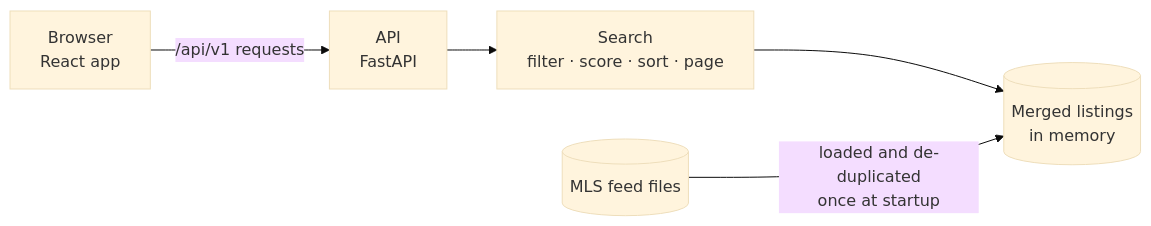
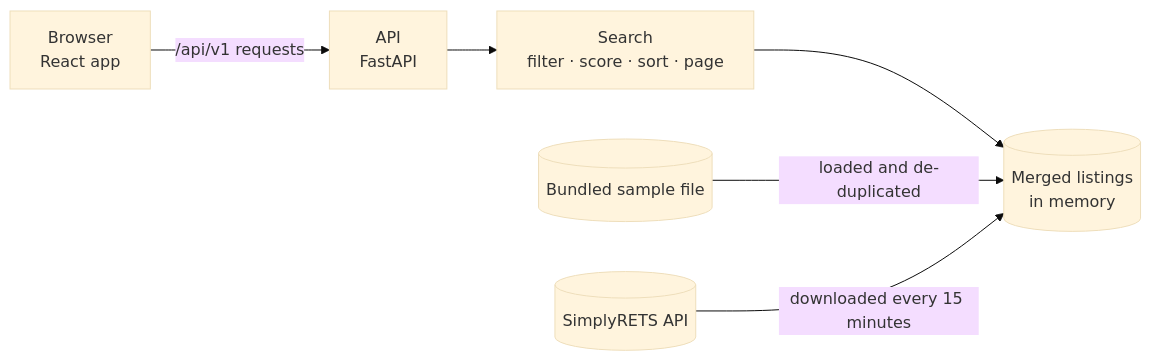
Before and after one commit to Proschansky/listing-search: the diagram in README.md, drawn with Mermaid (base theme). The commit also changed other lines of this file and 38 other files, not shown here.

First line of the commit message:
Add SimplyRETS as a live listing source

````diff
--- a/README.md
+++ b/README.md
@@ -43,7 +43,8 @@
 ```mermaid
 flowchart LR
   B[Browser<br/>React app] -- "/api/v1 requests" --> A[API<br/>FastAPI]
   A --> S[Search<br/>filter · score · sort · page]
   S --> D[(Merged listings<br/>in memory)]
-  F[(MLS feed files)] -- "loaded and de-duplicated<br/>once at startup" --> D
+  F[(Bundled sample file)] -- "loaded and de-duplicated" --> D
+  L[(SimplyRETS API)] -- "downloaded every 15 minutes" --> D
 ```
````
